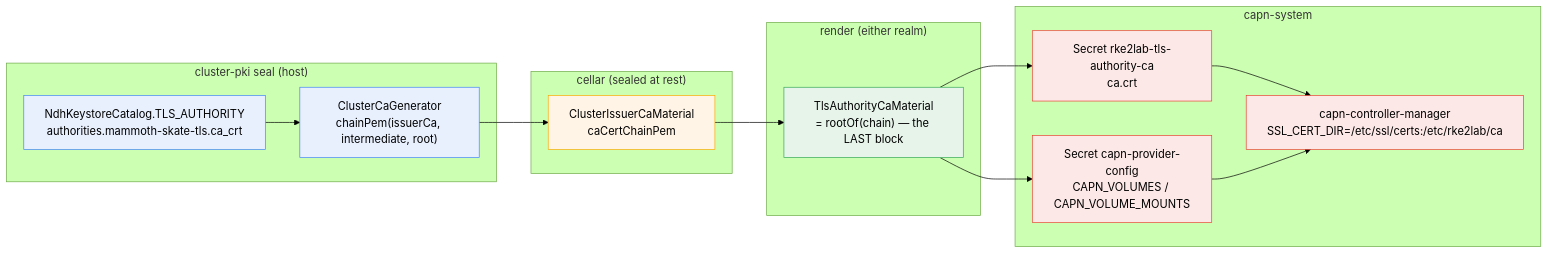
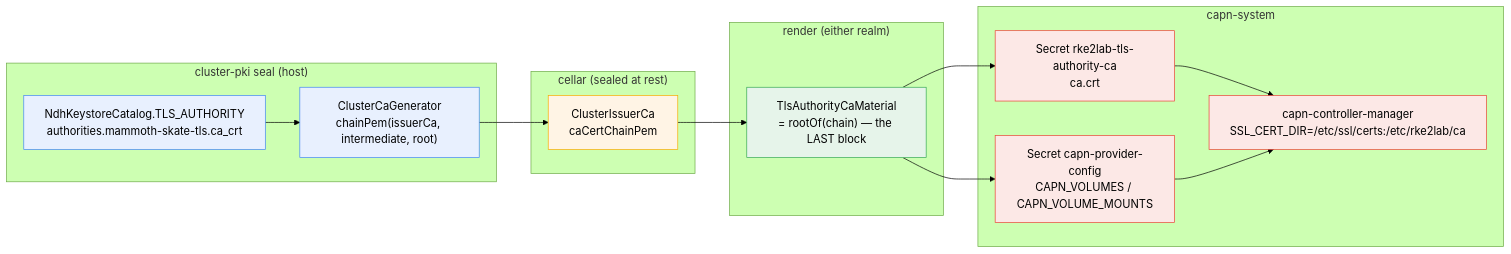
The third of 3 diagrams in docs/architecture/cluster-api/deterministic-cluster-access.adoc (seedmatic/rke2lab), drawn with Mermaid (forest theme) before and after one commit. The commit also changed other lines of this file and 39 other files, not shown here.

```diff
--- a/docs/architecture/cluster-api/deterministic-cluster-access.adoc
+++ b/docs/architecture/cluster-api/deterministic-cluster-access.adoc
@@ -594,33 +591,33 @@
 [source,mermaid]
 ----
 flowchart LR
   subgraph seal["cluster-pki seal (host)"]
     ROOT["NdhKeystoreCatalog.TLS_AUTHORITY<br/>authorities.mammoth-skate-tls.ca_crt"]
     CHAIN["ClusterCaGenerator<br/>chainPem(issuerCa, intermediate, root)"]
     ROOT --> CHAIN
   end
   subgraph cellar["cellar (sealed at rest)"]
-    ICA["ClusterIssuerCaMaterial<br/>caCertChainPem"]
+    ICA["ClusterIssuerCa<br/>caCertChainPem"]
   end
   subgraph render["render (either realm)"]
     TCA["TlsAuthorityCaMaterial<br/>= rootOf(chain) — the LAST block"]
   end
   subgraph cluster["capn-system"]
     SEC["Secret rke2lab-tls-authority-ca<br/>ca.crt"]
     CFG["Secret capn-provider-config<br/>CAPN_VOLUMES / CAPN_VOLUME_MOUNTS"]
     POD["capn-controller-manager<br/>SSL_CERT_DIR=/etc/ssl/certs:/etc/rke2lab/ca"]
     SEC --> POD
     CFG --> POD
   end
   CHAIN --> ICA --> TCA --> SEC
   TCA --> CFG
 
   classDef host fill:#e8f0fe,stroke:#4285f4
   classDef store fill:#fff4e5,stroke:#f9ab00
   classDef rend fill:#e6f4ea,stroke:#34a853
   classDef run fill:#fce8e6,stroke:#ea4335
   class ROOT,CHAIN host
   class ICA store
   class TCA rend
   class SEC,CFG,POD run
 ----
```
